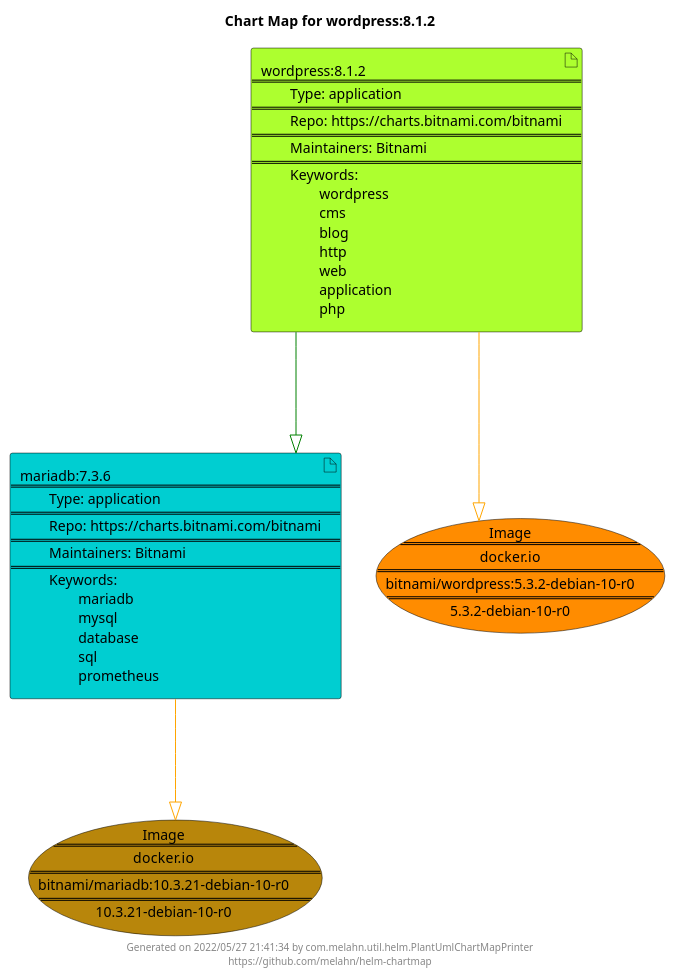
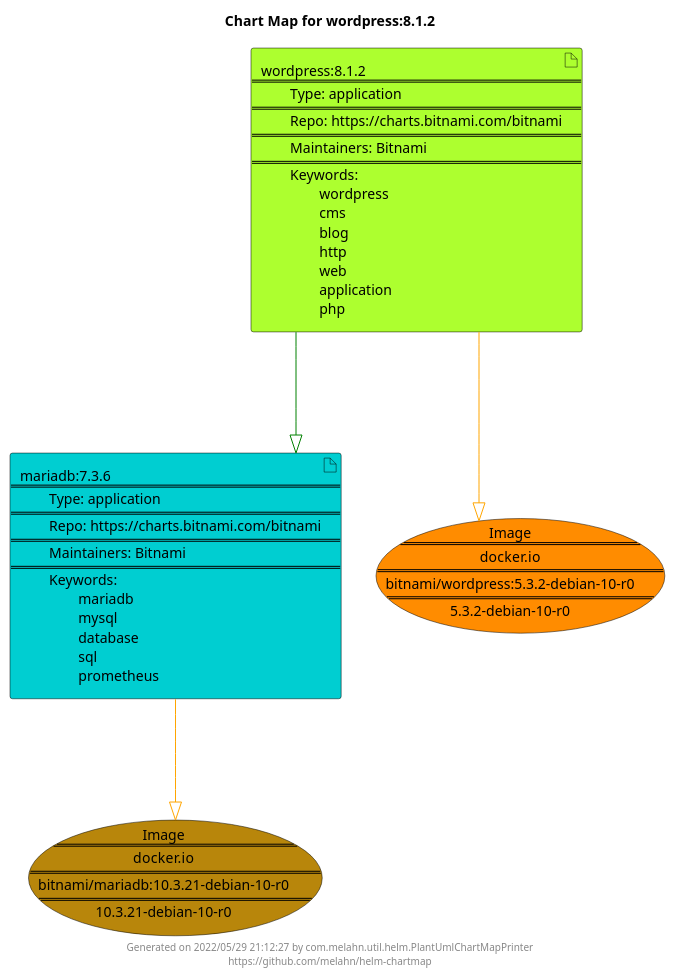
Before and after one commit to melahn/helm-chartmap: the diagram in docs/wordpress/wordpress-8.1.2.puml, drawn with PlantUML. The commit also changed 63 other files, not shown here.

Commit message:
Update Example Chart Maps as part of GitHub build

```diff
--- a/docs/wordpress/wordpress-8.1.2.puml
+++ b/docs/wordpress/wordpress-8.1.2.puml
@@ -1,25 +1,25 @@
 @startuml
 skinparam linetype ortho
 skinparam backgroundColor white
 skinparam usecaseBorderColor black
 skinparam usecaseArrowColor LightSlateGray
 skinparam artifactBorderColor black
 skinparam artifactArrowColor LightSlateGray
 
 title Chart Map for wordpress:8.1.2
 
 'There are 2 referenced Helm Charts
 artifact "mariadb:7.3.6\n====\n\tType: application\n====\n\tRepo: https://charts.bitnami.com/bitnami\n====\n\tMaintainers: Bitnami\n====\n\tKeywords: \n\t\tmariadb\n\t\tmysql\n\t\tdatabase\n\t\tsql\n\t\tprometheus" as mariadb_7_3_6 #DarkTurquoise
 artifact "wordpress:8.1.2\n====\n\tType: application\n====\n\tRepo: https://charts.bitnami.com/bitnami\n====\n\tMaintainers: Bitnami\n====\n\tKeywords: \n\t\twordpress\n\t\tcms\n\t\tblog\n\t\thttp\n\t\tweb\n\t\tapplication\n\t\tphp" as wordpress_8_1_2 #GreenYellow
 
 'There are 2 referenced Docker Images
 usecase "Image\n====\ndocker.io\n====\nbitnami/mariadb:10.3.21-debian-10-r0\n====\n10.3.21-debian-10-r0" as docker_io_bitnami_mariadb_10_3_21_debian_10_r0 #DarkGoldenRod
 usecase "Image\n====\ndocker.io\n====\nbitnami/wordpress:5.3.2-debian-10-r0\n====\n5.3.2-debian-10-r0" as docker_io_bitnami_wordpress_5_3_2_debian_10_r0 #Darkorange
 
 'Chart Dependencies
 wordpress_8_1_2--[#green]-|>mariadb_7_3_6
 mariadb_7_3_6--[#orange]-|>docker_io_bitnami_mariadb_10_3_21_debian_10_r0
 wordpress_8_1_2--[#orange]-|>docker_io_bitnami_wordpress_5_3_2_debian_10_r0
 
-center footer Generated on 2022/05/27 21:41:34 by com.melahn.util.helm.PlantUmlChartMapPrinter\nhttps://github.com/melahn/helm-chartmap
+center footer Generated on 2022/05/29 21:12:27 by com.melahn.util.helm.PlantUmlChartMapPrinter\nhttps://github.com/melahn/helm-chartmap
 @enduml
```
